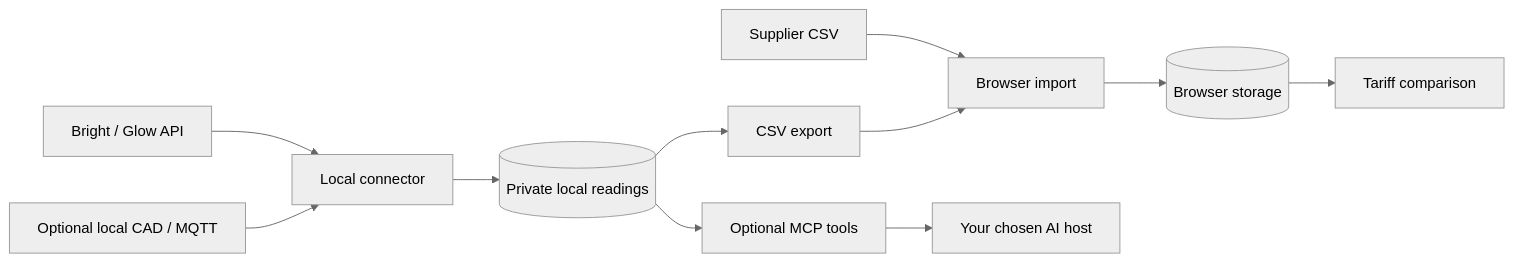
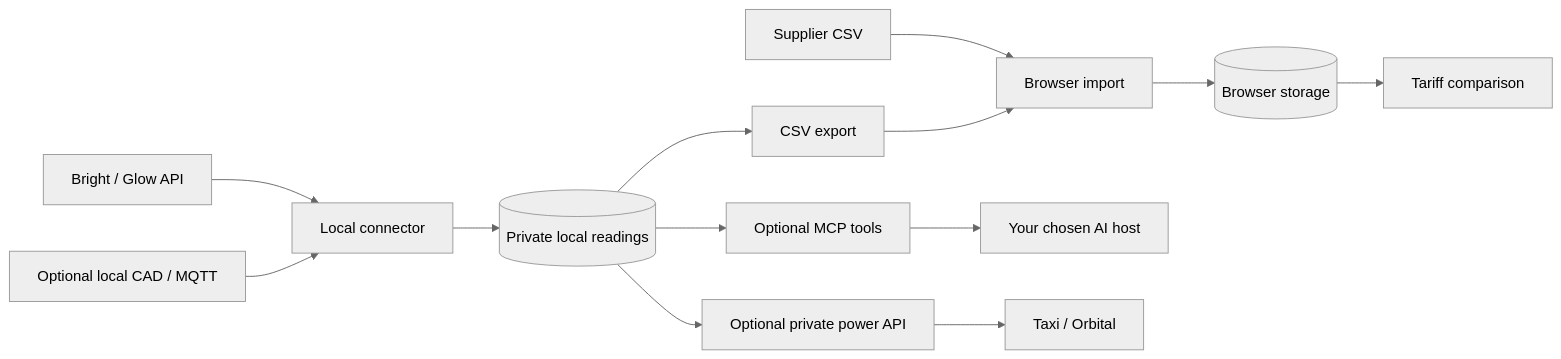
The diagram in README.md (jhammant/energy-lens), drawn with Mermaid (neutral theme) before and after one commit. The commit also changed other lines of this file and 11 other files, not shown here.

Commit message:
feat: expose live power through a private Taxi API

````diff
--- a/README.md
+++ b/README.md
@@ -61,13 +69,15 @@
 ```mermaid
 flowchart LR
   EDF[Supplier CSV] --> Import[Browser import]
   Glow[Bright / Glow API] --> Connector[Local connector]
   CAD[Optional local CAD / MQTT] --> Connector
   Connector --> Database[(Private local readings)]
   Database --> CSV[CSV export]
   CSV --> Import
   Import --> Storage[(Browser storage)]
   Storage --> Dashboard[Tariff comparison]
   Database --> MCP[Optional MCP tools]
   MCP --> Host[Your chosen AI host]
+  Database --> API[Optional private power API]
+  API --> Orbital[Taxi / Orbital]
 ```
````
